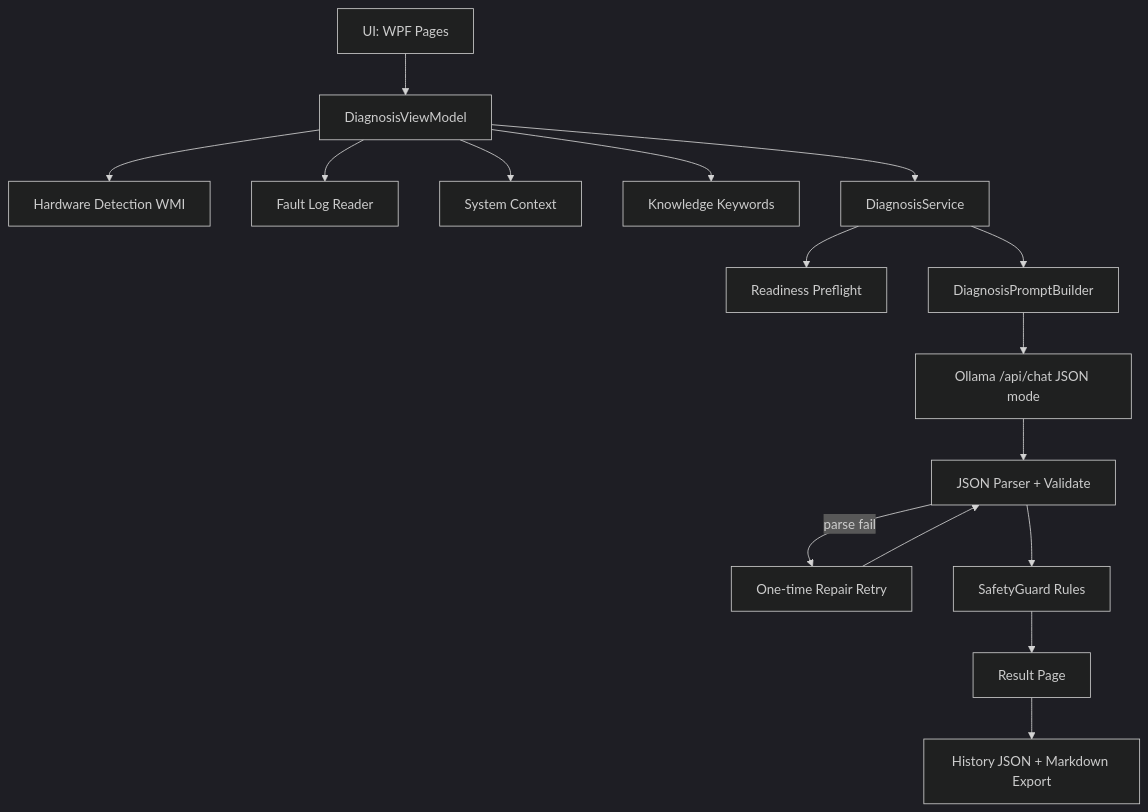
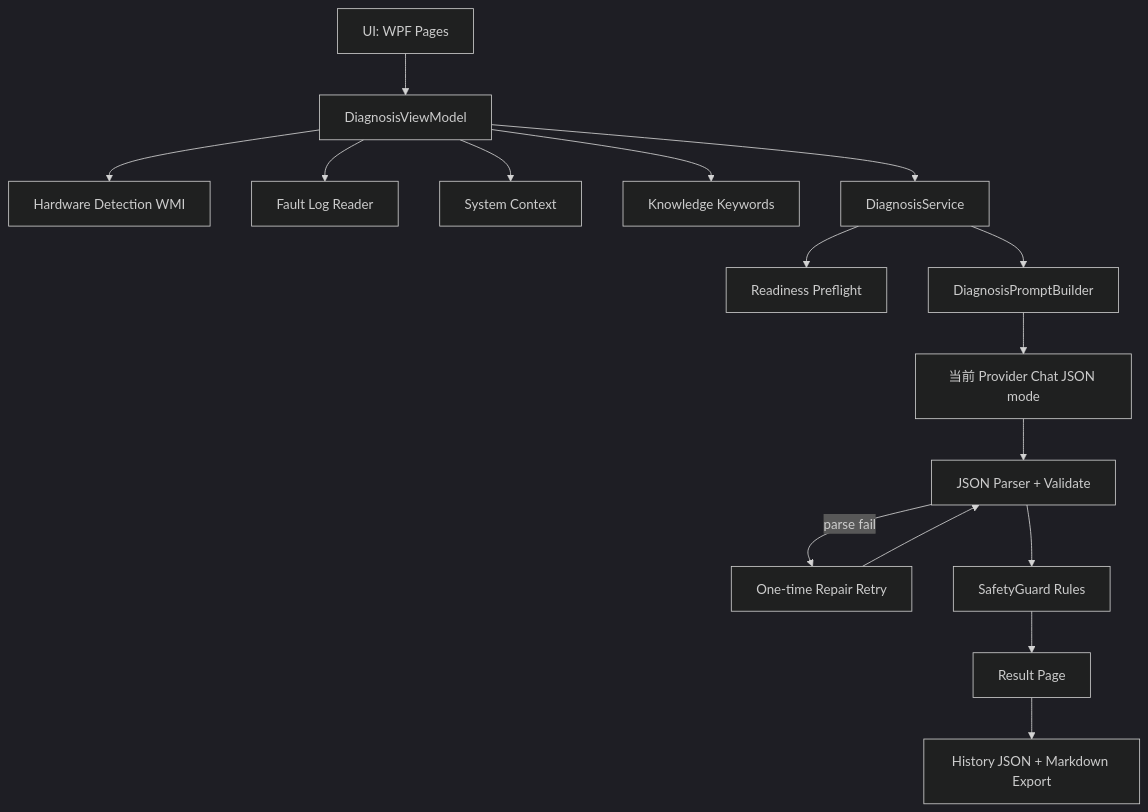
Before and after one commit to nanfeilaotou/ai_geek_tuner: the diagram in README.md, drawn with Mermaid (dark theme). The commit also changed other lines of this file and 31 other files, not shown here.

````diff
--- a/README.md
+++ b/README.md
@@ -21,18 +21,18 @@
 ```mermaid
 flowchart TD
     A[UI: WPF Pages] --> B[DiagnosisViewModel]
     B --> C[Hardware Detection WMI]
     B --> D[Fault Log Reader]
     B --> E[System Context]
     B --> F[Knowledge Keywords]
     B --> G[DiagnosisService]
     G --> H[Readiness Preflight]
     G --> I[DiagnosisPromptBuilder]
-    I --> J[Ollama /api/chat JSON mode]
+    I --> J[当前 Provider Chat JSON mode]
     J --> K[JSON Parser + Validate]
     K -- parse fail --> L[One-time Repair Retry]
     L --> K
     K --> M[SafetyGuard Rules]
     M --> N[Result Page]
     N --> O[History JSON + Markdown Export]
 ```
````
